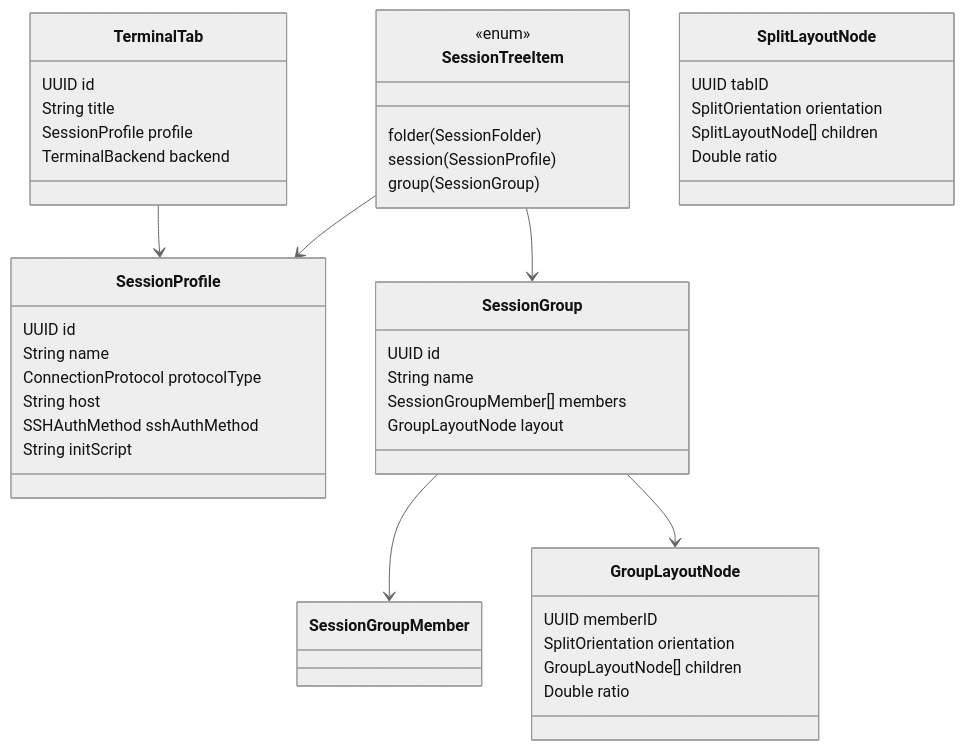
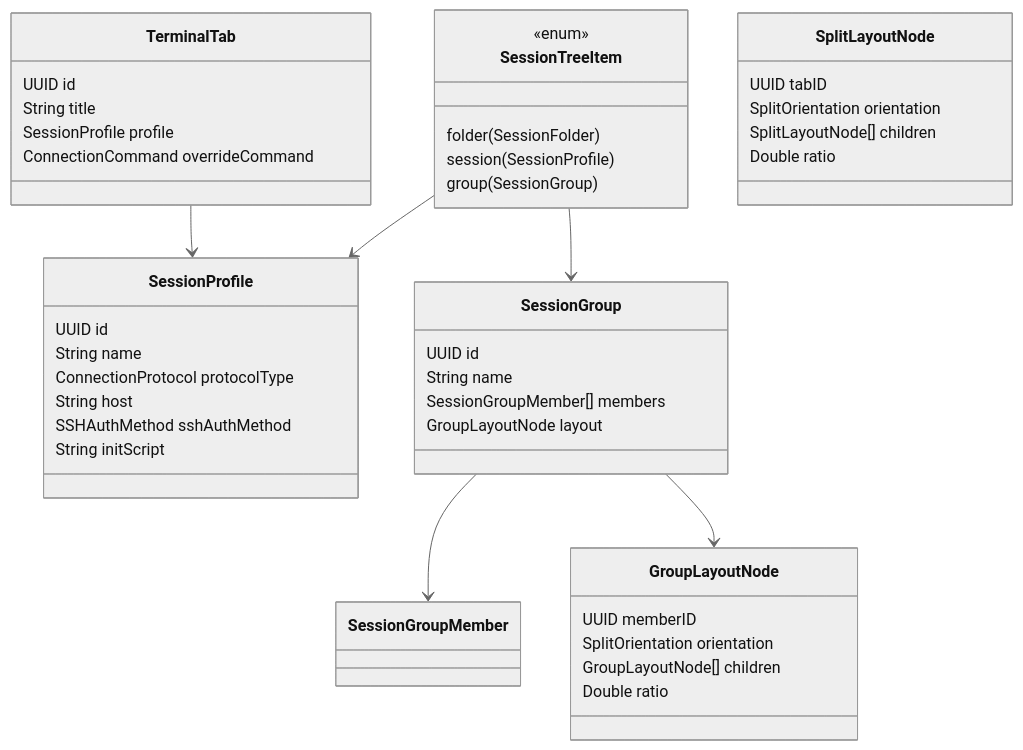
The second of 6 diagrams in docs/HLD.md (ashutoshkumarsinha/terminalmanager), drawn with Mermaid (neutral theme) before and after one commit. The commit also changed other lines of this file and 13 other files, not shown here.

````diff
--- a/docs/HLD.md
+++ b/docs/HLD.md
@@ -106,52 +107,52 @@
 ```mermaid
 classDiagram
     class SessionTreeItem {
         <<enum>>
         folder(SessionFolder)
         session(SessionProfile)
         group(SessionGroup)
     }
 
     class SessionProfile {
         UUID id
         String name
         ConnectionProtocol protocolType
         String host
         SSHAuthMethod sshAuthMethod
         String initScript
     }
 
     class SessionGroup {
         UUID id
         String name
         SessionGroupMember[] members
         GroupLayoutNode layout
     }
 
     class TerminalTab {
         UUID id
         String title
         SessionProfile profile
-        TerminalBackend backend
+        ConnectionCommand overrideCommand
     }
 
     class SplitLayoutNode {
         UUID tabID
         SplitOrientation orientation
         SplitLayoutNode[] children
         Double ratio
     }
 
     class GroupLayoutNode {
         UUID memberID
         SplitOrientation orientation
         GroupLayoutNode[] children
         Double ratio
     }
 
     SessionTreeItem --> SessionProfile
     SessionTreeItem --> SessionGroup
     SessionGroup --> SessionGroupMember
     TerminalTab --> SessionProfile
     SessionGroup --> GroupLayoutNode
 ```
````
